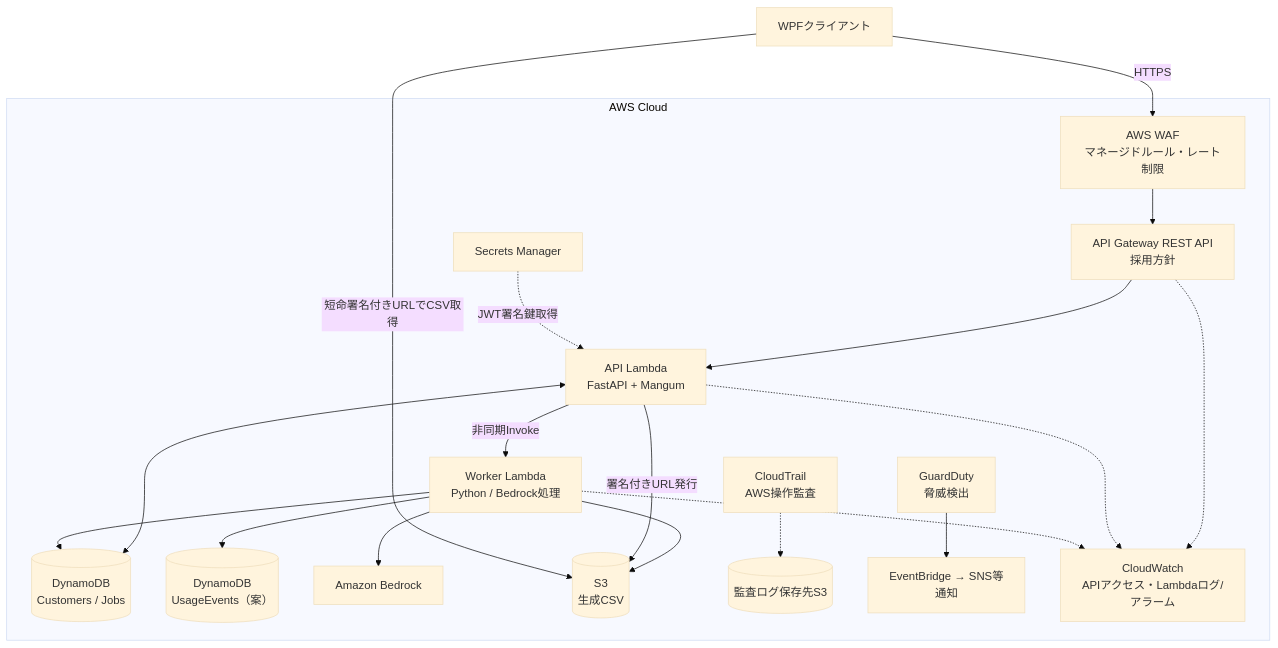
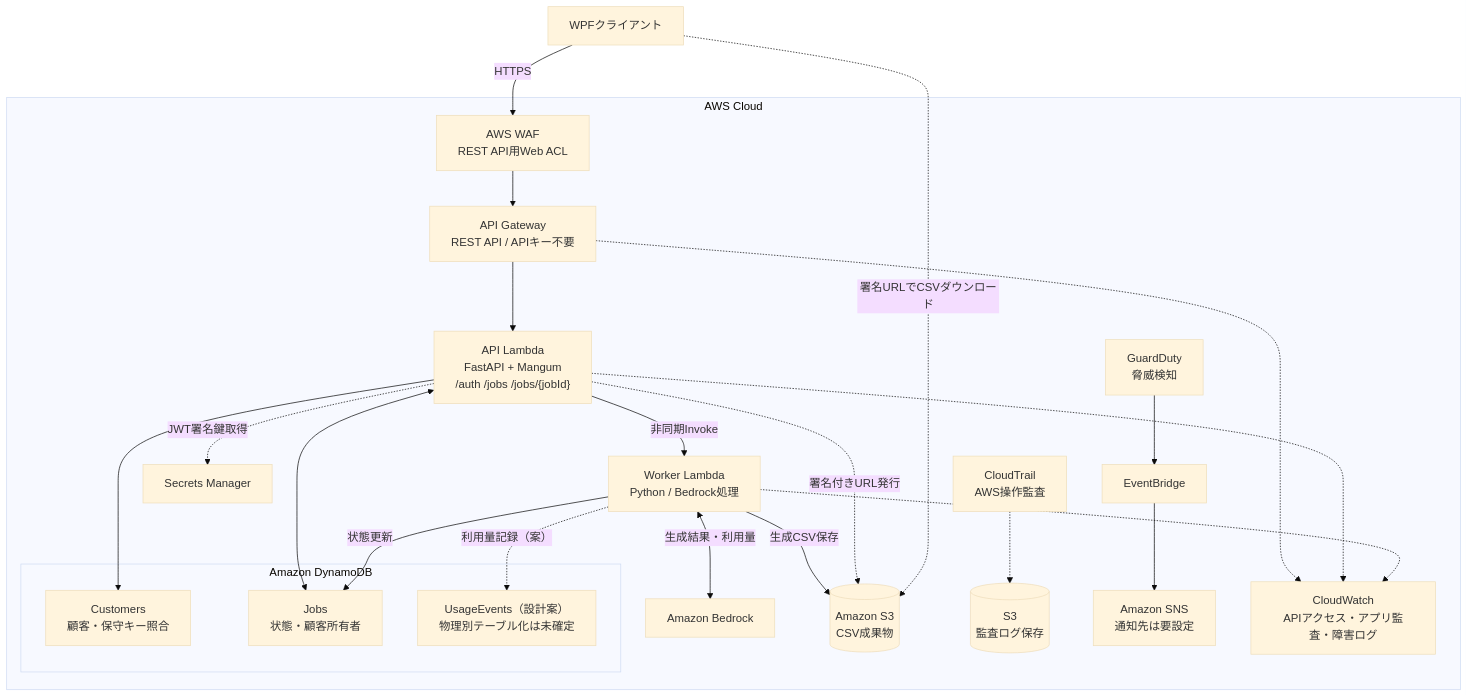
Before and after one commit to knmo000-tech/awsMemo: the diagram in docs/architecture.md, drawn with Mermaid (base theme).

Commit message:
docs: align Mermaid architecture with grouped DynamoDB and rev3 diagram

````diff
--- a/docs/architecture.md
+++ b/docs/architecture.md
@@ -18,23 +18,30 @@
 ```mermaid
 flowchart TD
-    C["WPFクライアント"] -->|"HTTPS"| WF["AWS WAF<br/>マネージドルール・レート制限"]
+    C["WPFクライアント"] -->|"HTTPS"| WF["AWS WAF<br/>REST API用Web ACL"]
     subgraph AWS["AWS Cloud"]
-      WF --> GW["API Gateway REST API<br/>採用方針"]
-      GW --> A["API Lambda<br/>FastAPI + Mangum"]
+      WF --> GW["API Gateway<br/>REST API / APIキー不要"]
+      GW --> A["API Lambda<br/>FastAPI + Mangum<br/>/auth /jobs /jobs/{jobId}"]
       A -->|"非同期Invoke"| W["Worker Lambda<br/>Python / Bedrock処理"]
-      A <--> D[("DynamoDB<br/>Customers / Jobs")]
-      W --> D
-      W --> U[("DynamoDB<br/>UsageEvents（案）")]
-      W --> B["Amazon Bedrock"]
-      W --> S[("S3<br/>生成CSV")]
-      A -->|"署名付きURL発行"| S
-      SM["Secrets Manager"] -.->|"JWT署名鍵取得"| A
-      CT["CloudTrail<br/>AWS操作監査"] -.-> AUDIT[("監査ログ保存先S3")]
-      GD["GuardDuty<br/>脅威検出"] --> EV["EventBridge → SNS等<br/>通知"]
-      LOG["CloudWatch<br/>APIアクセス・Lambdaログ/アラーム"]
+      W <-->|"生成結果・利用量"| B["Amazon Bedrock"]
+      subgraph DDB["Amazon DynamoDB"]
+        CU["Customers<br/>顧客・保守キー照合"]
+        J["Jobs<br/>状態・顧客所有者"]
+        U["UsageEvents（設計案）<br/>物理別テーブル化は未確定"]
+      end
+      A --> CU
+      A <--> J
+      W -->|"状態更新"| J
+      W -.->|"利用量記録（案）"| U
+      W -->|"生成CSV保存"| S[("Amazon S3<br/>CSV成果物")]
+      A -.->|"署名付きURL発行"| S
+      A -.->|"JWT署名鍵取得"| SM["Secrets Manager"]
+      CT["CloudTrail<br/>AWS操作監査"] -.-> AUDIT[("S3<br/>監査ログ保存")]
+      GD["GuardDuty<br/>脅威検知"] --> EV["EventBridge"]
+      EV --> SNS["Amazon SNS<br/>通知先は要設定"]
+      LOG["CloudWatch<br/>APIアクセス・アプリ監査・障害ログ"]
       GW -.-> LOG
       A -.-> LOG
       W -.-> LOG
     end
-    C -->|"短命署名付きURLでCSV取得"| S
+    C -.->|"署名URLでCSVダウンロード"| S
 ```
````
